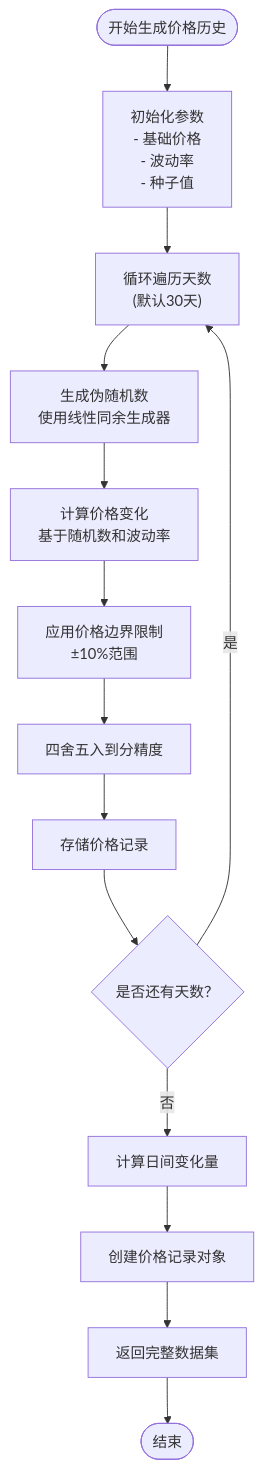
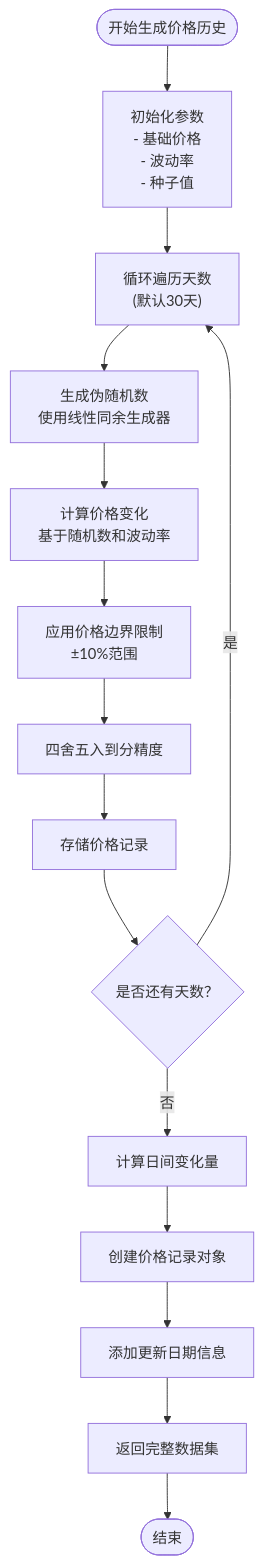
Before and after one commit to liangxuanliang-cmd/carbon-info-agent: diagram 11 of 17 in .qoder/repowiki/zh/content/功能模块/碳价格监控模块.md, drawn with Mermaid. The commit also changed other lines of this file and 8 other files, not shown here.

````diff
--- a/.qoder/repowiki/zh/content/功能模块/碳价格监控模块.md
+++ b/.qoder/repowiki/zh/content/功能模块/碳价格监控模块.md
@@ -403,16 +542,17 @@
 ```mermaid
 flowchart TD
 Start([开始生成价格历史]) --> InitParams["初始化参数<br/>- 基础价格<br/>- 波动率<br/>- 种子值"]
 InitParams --> LoopDays["循环遍历天数<br/>(默认30天)"]
 LoopDays --> GenerateRandom["生成伪随机数<br/>使用线性同余生成器"]
 GenerateRandom --> CalculateChange["计算价格变化<br/>基于随机数和波动率"]
 CalculateChange --> ApplyBounds["应用价格边界限制<br/>±10%范围"]
 ApplyBounds --> RoundPrice["四舍五入到分精度"]
 RoundPrice --> StorePrice["存储价格记录"]
 StorePrice --> CheckEnd{"是否还有天数？"}
 CheckEnd --> |是| LoopDays
 CheckEnd --> |否| CalcChange["计算日间变化量"]
 CalcChange --> CreateRecord["创建价格记录对象"]
-CreateRecord --> ReturnData["返回完整数据集"]
+CreateRecord --> AddUpdateDate["添加更新日期信息"]
+AddUpdateDate --> ReturnData["返回完整数据集"]
 ReturnData --> End([结束])
 ```
````
